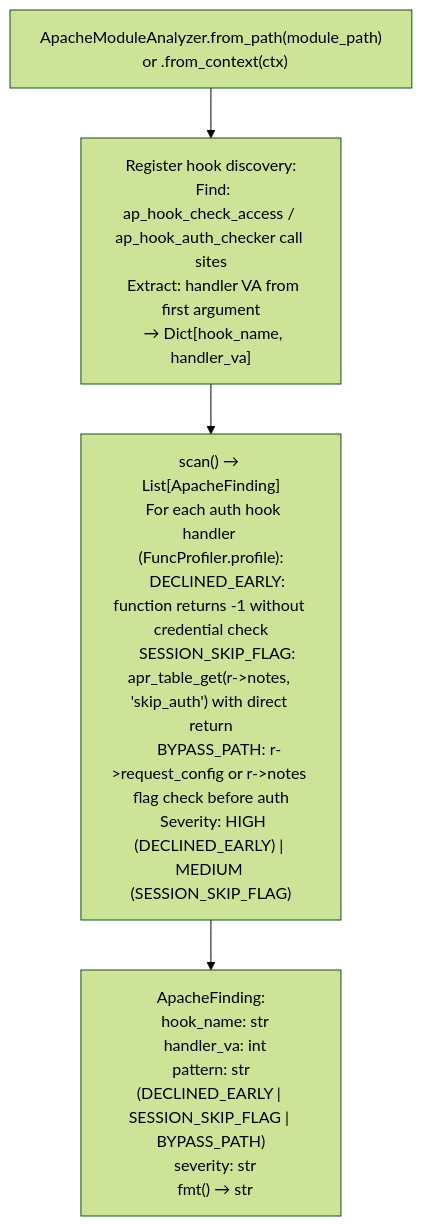
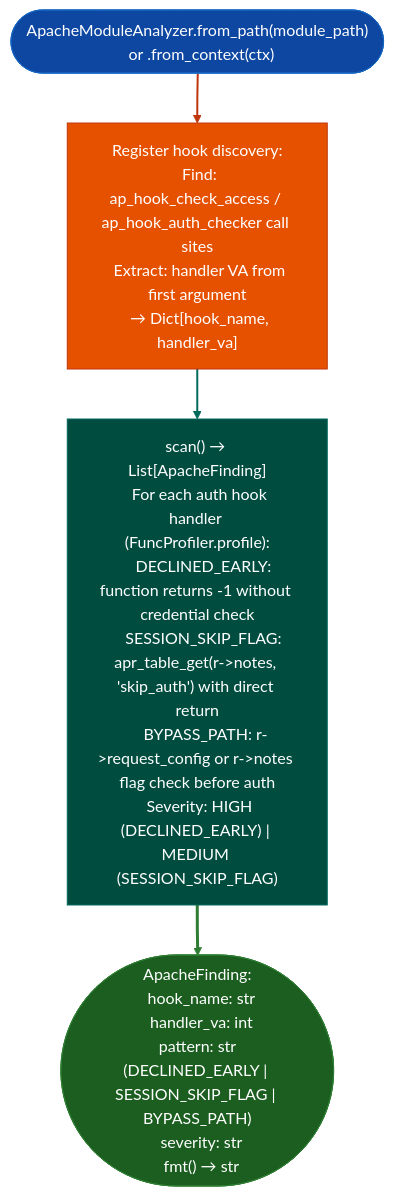
One commit to Ablation-Tool/ablation changed the diagram in docs/reference-modules/http-method-enum-recovery.md. Above: the diagram before and after it, drawn with Mermaid (forest theme). The commit also changed 320 other files, not shown here.

First line of the commit message:
docs: apply canonical Mermaid template to all 321 diagrams

````diff
--- a/docs/reference-modules/http-method-enum-recovery.md
+++ b/docs/reference-modules/http-method-enum-recovery.md
@@ -19,6 +19,15 @@
 ```mermaid
 flowchart TD
-    A["ApacheModuleAnalyzer.from_path(module_path)\n  or .from_context(ctx)"] --> B["Register hook discovery:\n  Find: ap_hook_check_access / ap_hook_auth_checker call sites\n  Extract: handler VA from first argument\n  → Dict[hook_name, handler_va]"]
-    B --> C["scan() → List[ApacheFinding]\n  For each auth hook handler (FuncProfiler.profile):\n    DECLINED_EARLY: function returns -1 without credential check\n    SESSION_SKIP_FLAG: apr_table_get(r->notes, 'skip_auth') with direct return\n    BYPASS_PATH: r->request_config or r->notes flag check before auth\n  Severity: HIGH (DECLINED_EARLY) | MEDIUM (SESSION_SKIP_FLAG)"]
-    C --> D["ApacheFinding:\n  hook_name: str\n  handler_va: int\n  pattern: str  (DECLINED_EARLY | SESSION_SKIP_FLAG | BYPASS_PATH)\n  severity: str\n  fmt() → str"]
+    A(["ApacheModuleAnalyzer.from_path(module_path)\n  or .from_context(ctx)"]):::input --> B["Register hook discovery:\n  Find: ap_hook_check_access / ap_hook_auth_checker call sites\n  Extract: handler VA from first argument\n  → Dict[hook_name, handler_va]"]:::primary
+    B:::primary --> C["scan() → List[ApacheFinding]\n  For each auth hook handler (FuncProfiler.profile):\n    DECLINED_EARLY: function returns -1 without credential check\n    SESSION_SKIP_FLAG: apr_table_get(r->notes, 'skip_auth') with direct return\n    BYPASS_PATH: r->request_config or r->notes flag check before auth\n  Severity: HIGH (DECLINED_EARLY) | MEDIUM (SESSION_SKIP_FLAG)"]:::secondary
+    C:::secondary --> D(["ApacheFinding:\n  hook_name: str\n  handler_va: int\n  pattern: str  (DECLINED_EARLY | SESSION_SKIP_FLAG | BYPASS_PATH)\n  severity: str\n  fmt() → str"]):::output
+    classDef input     fill:#0d47a1,stroke:#1565c0,color:#fff
+    classDef primary   fill:#e65100,stroke:#bf360c,color:#fff
+    classDef secondary fill:#004d40,stroke:#00695c,color:#fff
+    classDef tertiary  fill:#4a148c,stroke:#6a1b9a,color:#fff
+    classDef neutral   fill:#37474f,stroke:#546e7a,color:#fff
+    classDef output    fill:#1b5e20,stroke:#2e7d32,color:#fff
+    linkStyle 0 stroke:#bf360c,stroke-width:2px
+    linkStyle 1 stroke:#00695c,stroke-width:2px
+    linkStyle 2 stroke:#2e7d32,stroke-width:3px
 ```
````
